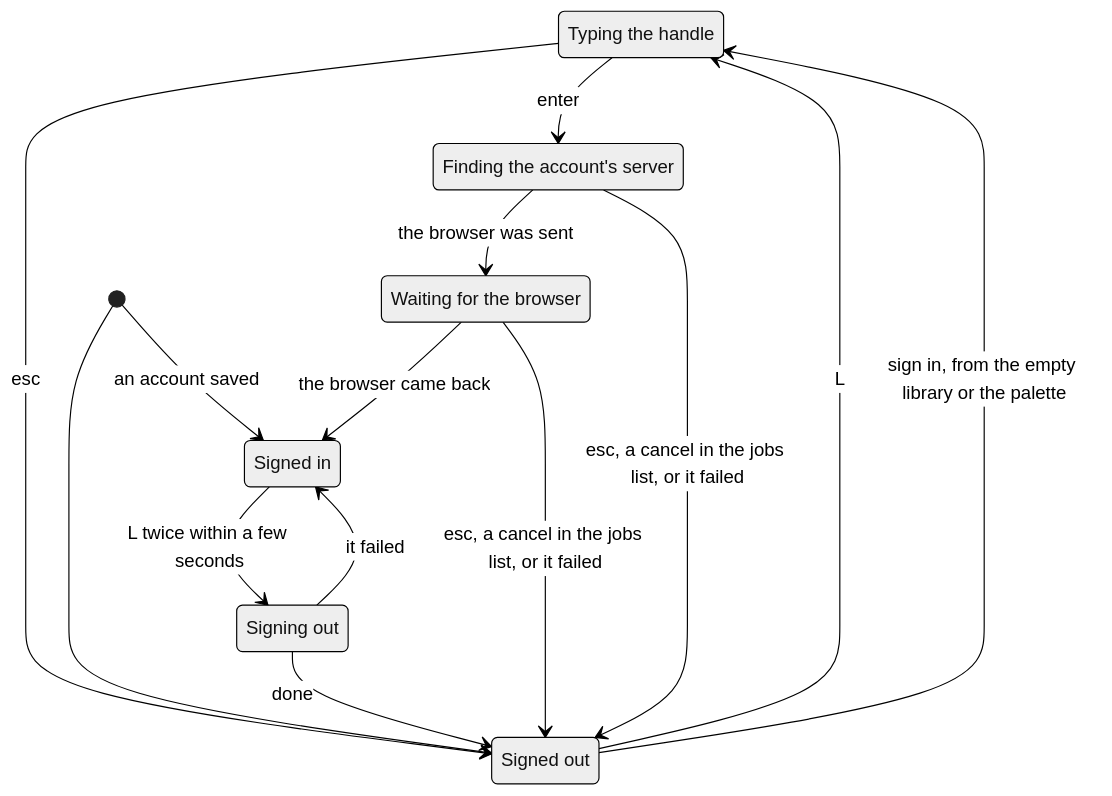
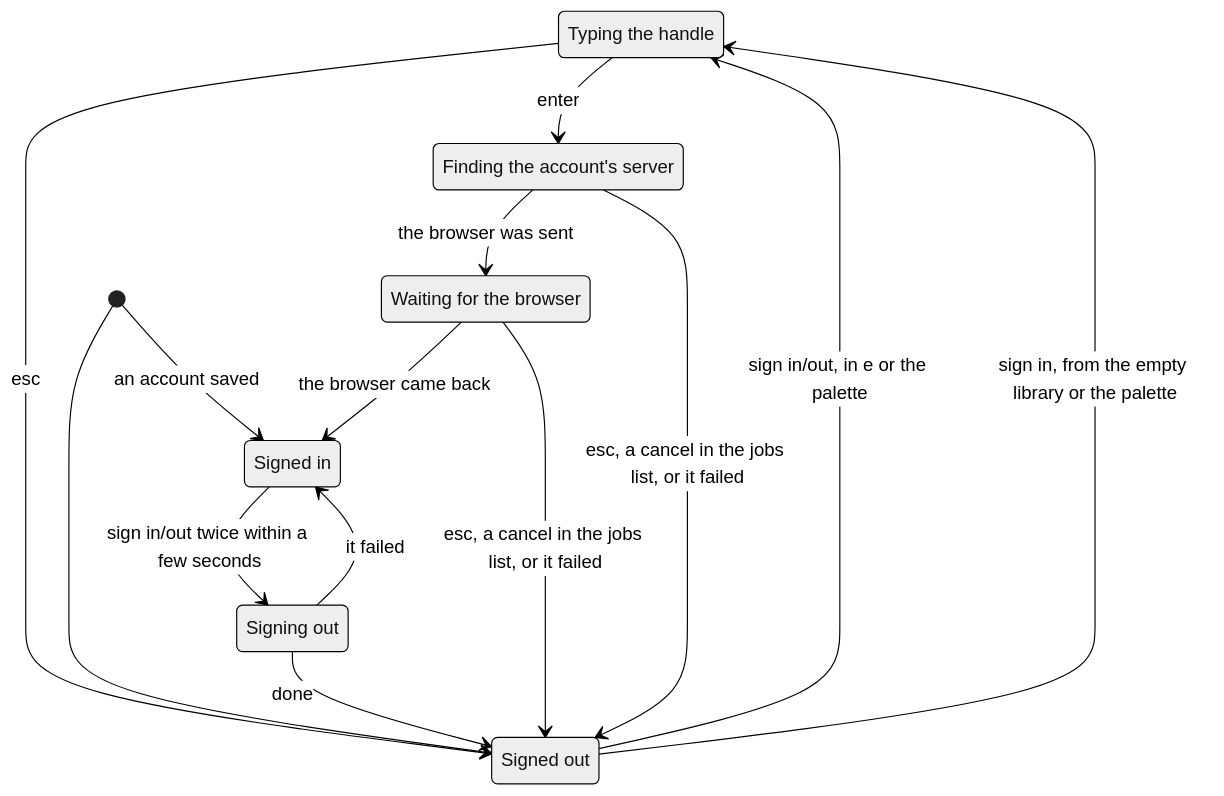
Diagram 18 of 21 in apps/locallibrary/docs/diagrams/player.md (cutenode/localnetwork), drawn with Mermaid (neutral theme) before and after one commit. The commit also changed other lines of this file and 186 other files, not shown here.

````diff
--- a/apps/locallibrary/docs/diagrams/player.md
+++ b/apps/locallibrary/docs/diagrams/player.md
@@ -324,22 +395,22 @@
 ```mermaid
 stateDiagram-v2
     state "Typing the handle" as Typing
     state "Finding the account's server" as Starting
     state "Waiting for the browser" as Waiting
     state "Signing out" as SigningOut
     state "Signed in" as In
     state "Signed out" as Out
     [*] --> Out
     [*] --> In: an account saved
-    Out --> Typing: L
+    Out --> Typing: sign in/out, in e or the palette
     Out --> Typing: sign in, from the empty library or the palette
     Typing --> Out: esc
     Typing --> Starting: enter
     Starting --> Waiting: the browser was sent
     Starting --> Out: esc, a cancel in the jobs list, or it failed
     Waiting --> In: the browser came back
     Waiting --> Out: esc, a cancel in the jobs list, or it failed
-    In --> SigningOut: L twice within a few seconds
+    In --> SigningOut: sign in/out twice within a few seconds
     SigningOut --> Out: done
     SigningOut --> In: it failed
 ```
````
